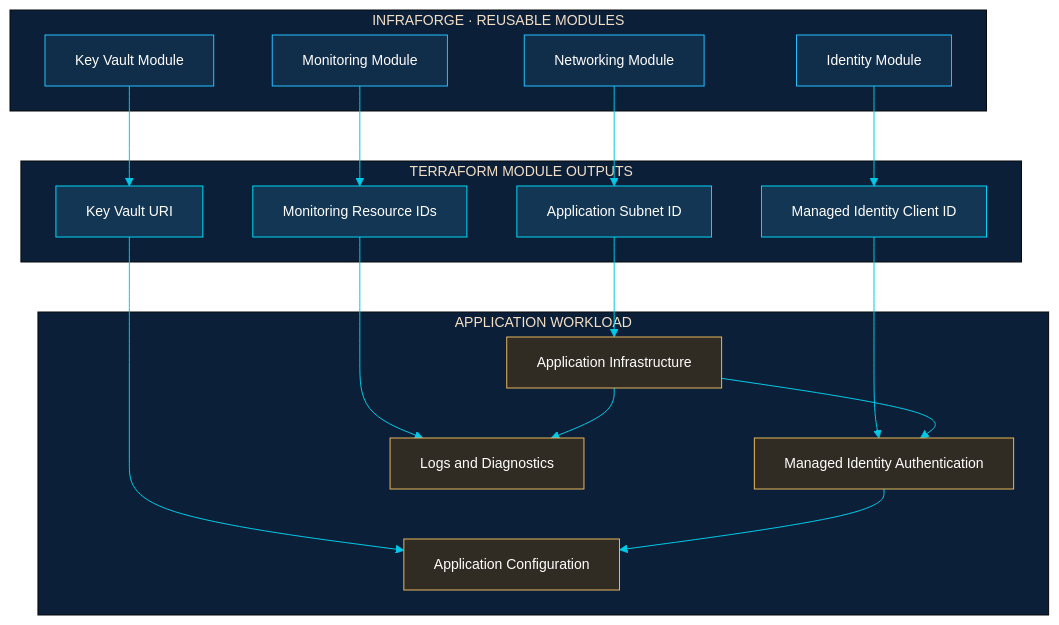
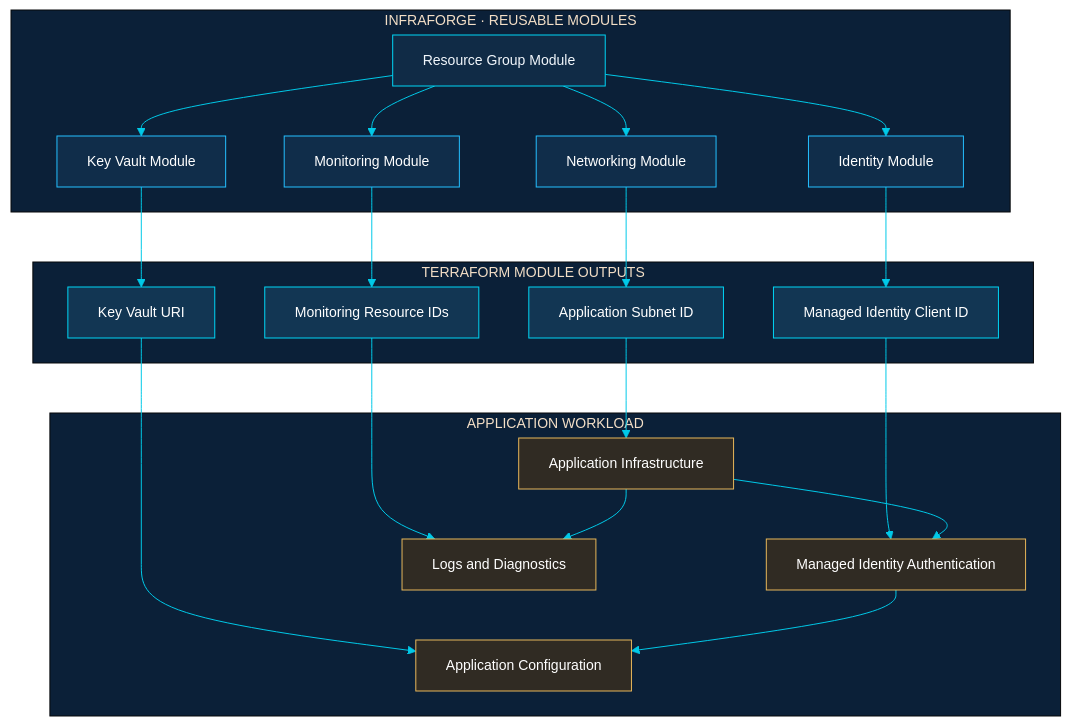
The third of 3 diagrams in docs/architecture/diagrams.md (samueltexas/InfraForge), drawn with Mermaid before and after one commit. The commit also changed other lines of this file and 3 other files, not shown here.

Commit message:
feat: integrate resource group into developer workload (#14)

````diff
--- a/docs/architecture/diagrams.md
+++ b/docs/architecture/diagrams.md
@@ -156,46 +156,51 @@
 ```mermaid
 %%{init: {"theme":"base","themeVariables":{"background":"#071426","primaryColor":"#102B46","primaryTextColor":"#F2F7FC","primaryBorderColor":"#00D5F5","lineColor":"#00C9E8","secondaryColor":"#123653","tertiaryColor":"#0B2038","fontFamily":"Inter, Arial","fontSize":"14px"}}}%%
 flowchart TB
     subgraph PLATFORM["INFRAFORGE · REUSABLE MODULES"]
+        RG["Resource Group Module"]
         NET["Networking Module"]
         IAM["Identity Module"]
         KV["Key Vault Module"]
         MON["Monitoring Module"]
     end
 
     subgraph OUTPUTS["TERRAFORM MODULE OUTPUTS"]
         SUBNET["Application Subnet ID"]
         CLIENT["Managed Identity Client ID"]
         VAULT["Key Vault URI"]
         WORKSPACE["Monitoring Resource IDs"]
     end
 
     subgraph APP["APPLICATION WORKLOAD"]
         APPRESOURCE["Application Infrastructure"]
         AUTH["Managed Identity Authentication"]
         CONFIG["Application Configuration"]
         OBS["Logs and Diagnostics"]
     end
 
+    RG --> NET
+    RG --> IAM
+    RG --> KV
+    RG --> MON
     NET --> SUBNET
     IAM --> CLIENT
     KV --> VAULT
     MON --> WORKSPACE
 
     SUBNET --> APPRESOURCE
     CLIENT --> AUTH
     VAULT --> CONFIG
     WORKSPACE --> OBS
 
     APPRESOURCE --> AUTH
     AUTH --> CONFIG
     APPRESOURCE --> OBS
 
     classDef module fill:#102D4A,stroke:#25BFFF,color:#FFFFFF
     classDef output fill:#123653,stroke:#00D5F5,color:#FFFFFF
     classDef app fill:#302B23,stroke:#E6B65A,color:#FFFFFF
 
     class NET,IAM,KV,MON module
     class SUBNET,CLIENT,VAULT,WORKSPACE output
     class APPRESOURCE,AUTH,CONFIG,OBS app
 ```
````
